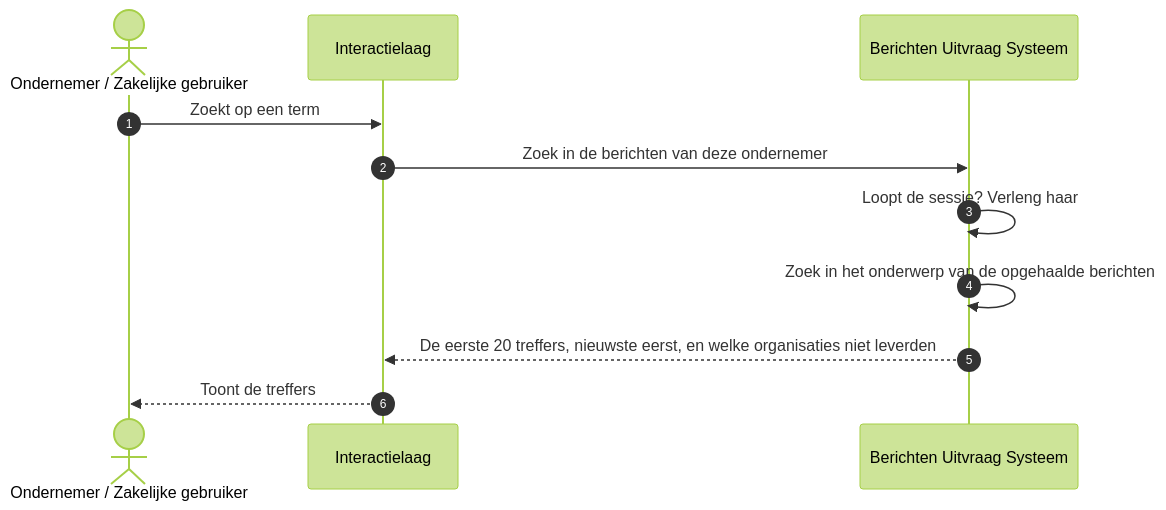
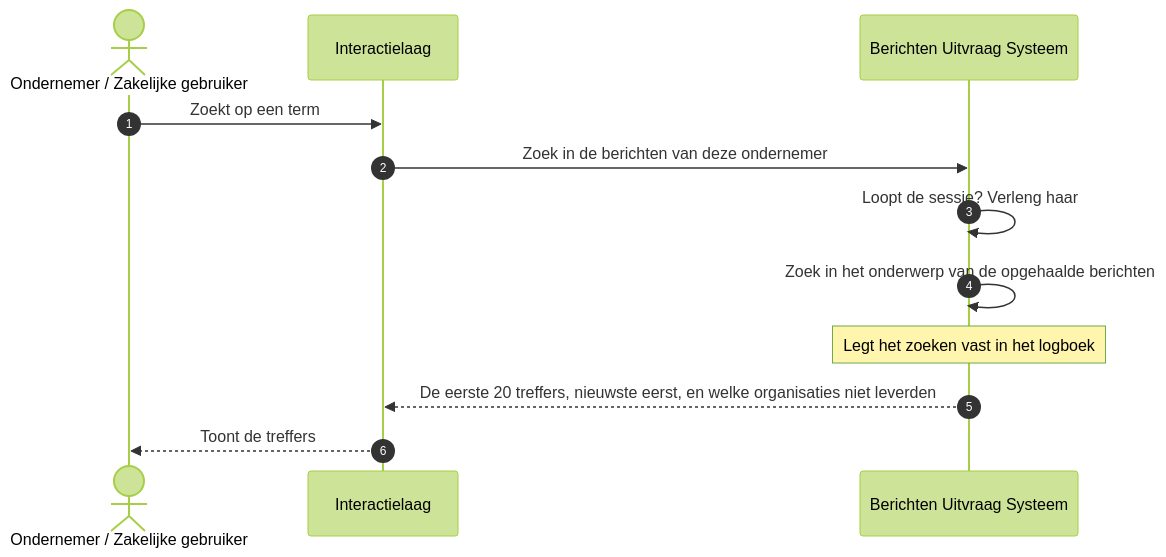
One commit to MinBZK/moza-poc-fbs-berichtenbox changed the diagram in docs/architecture/workspace-docs/08-uc4-zoeken.md. Above: the diagram before and after it, drawn with Mermaid (forest theme). The commit also changed other lines of this file and 10 other files, not shown here.

First line of the commit message:
fix: reviewronde 3, zoeken op een stopwoord toont alles en de guard volgt Mermaid en Structurizr

````diff
--- a/docs/architecture/workspace-docs/08-uc4-zoeken.md
+++ b/docs/architecture/workspace-docs/08-uc4-zoeken.md
@@ -29,14 +31,15 @@
 ```mermaid
 sequenceDiagram
     autonumber
     actor OND as Ondernemer / Zakelijke gebruiker
     participant IL as Interactielaag
     participant FBS as Berichten Uitvraag Systeem
 
     OND->>IL: Zoekt op een term
     IL->>FBS: Zoek in de berichten van deze ondernemer
     FBS->>FBS: Loopt de sessie? Verleng haar
     FBS->>FBS: Zoek in het onderwerp van de opgehaalde berichten
+    Note over FBS: Legt het zoeken vast in het logboek
     FBS-->>IL: De eerste 20 treffers, nieuwste eerst, en welke organisaties niet leverden
     IL-->>OND: Toont de treffers
 ```
````
